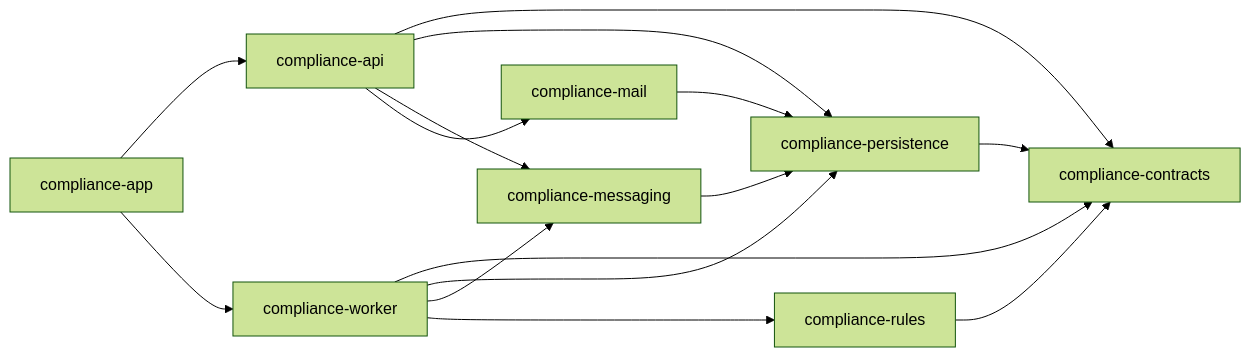
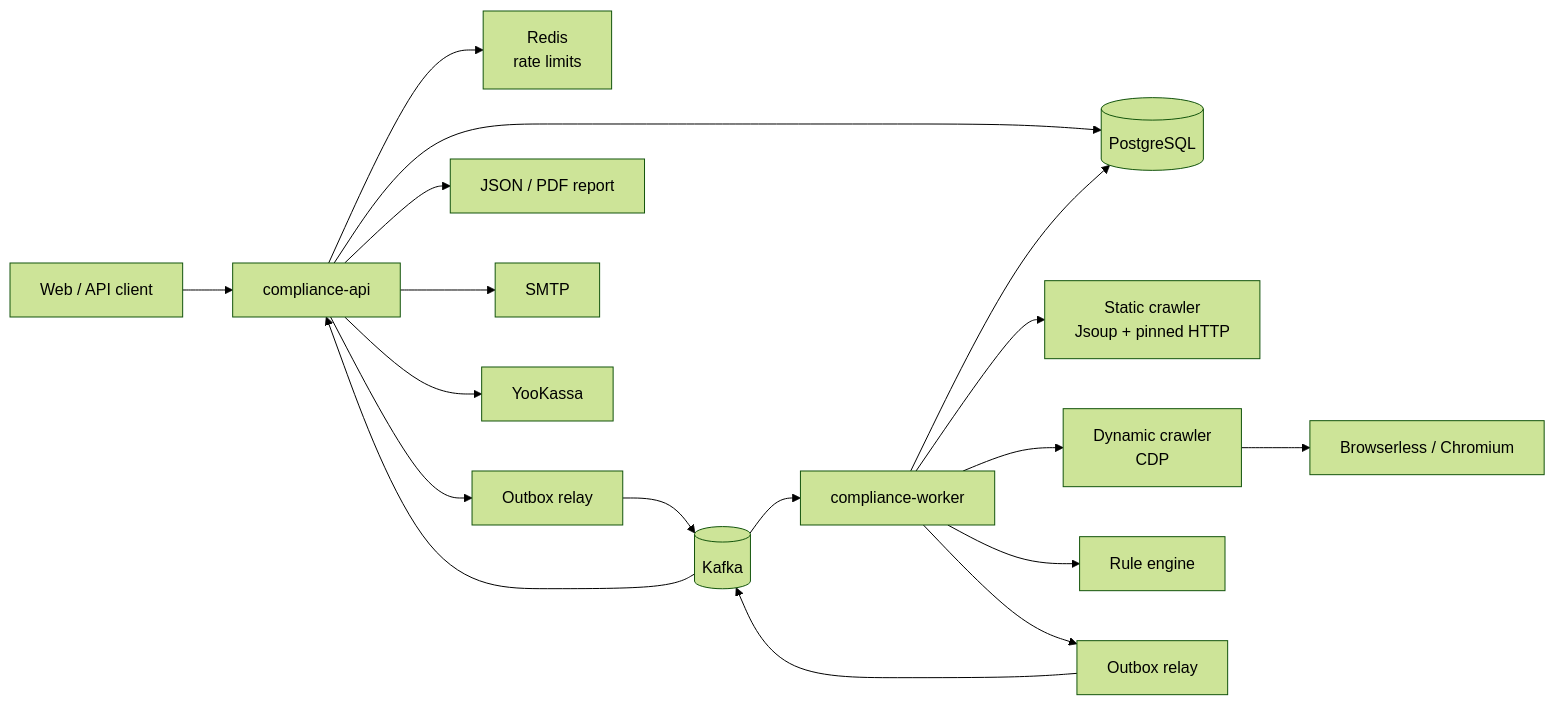
Before and after one commit to Egor51/okdocs-compliance: the first of 2 diagrams in README.md, drawn with Mermaid (forest theme). The commit also changed other lines of this file and 2 other files, not shown here.

Commit message:
fix (Outh) add marketing flow for new user

````diff
--- a/README.md
+++ b/README.md
@@ -123,17 +127,22 @@
 ```mermaid
 flowchart LR
-    app["compliance-app"] --> api["compliance-api"]
-    app --> worker["compliance-worker"]
-    api --> contracts["compliance-contracts"]
-    api --> persistence["compliance-persistence"]
-    api --> messaging["compliance-messaging"]
-    api --> mail["compliance-mail"]
-    worker --> contracts
-    worker --> persistence
-    worker --> messaging
-    worker --> rules["compliance-rules"]
-    messaging --> persistence
-    mail --> persistence
-    persistence --> contracts
-    rules --> contracts
+    client["Web / API client"] --> api["compliance-api"]
+    api --> redis["Redis<br/>rate limits"]
+    api --> pg[("PostgreSQL")]
+    api --> apiOutbox["Outbox relay"]
+    apiOutbox --> kafka[("Kafka")]
+
+    kafka --> worker["compliance-worker"]
+    worker --> static["Static crawler<br/>Jsoup + pinned HTTP"]
+    worker --> cdp["Dynamic crawler<br/>CDP"]
+    cdp --> chromium["Browserless / Chromium"]
+    worker --> rules["Rule engine"]
+    worker --> pg
+    worker --> workerOutbox["Outbox relay"]
+    workerOutbox --> kafka
+
+    kafka --> api
+    api --> report["JSON / PDF report"]
+    api --> mail["SMTP"]
+    api --> payment["YooKassa"]
 ```
````
